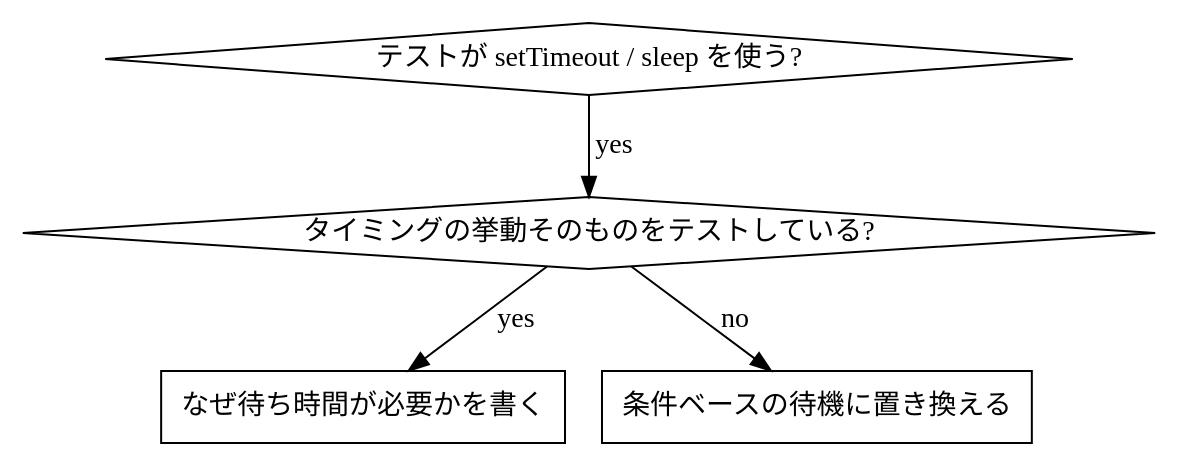
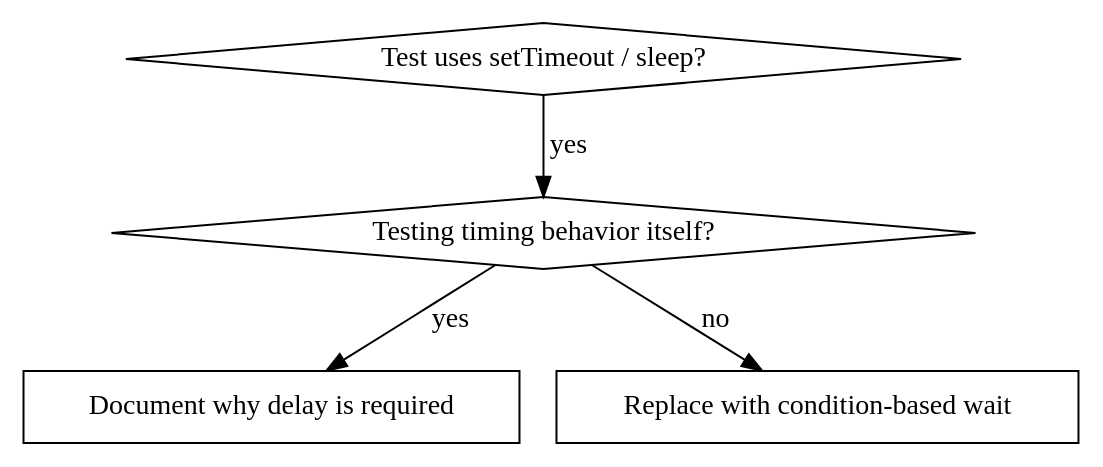
Before and after one commit to cellfusion/dotfiles: the diagram in private_dot_agents/skills/systematic-debugging/condition-based-waiting.md, drawn with Graphviz. The commit also changed other lines of this file and 98 other files, not shown here.

````diff
--- a/private_dot_agents/skills/systematic-debugging/condition-based-waiting.md
+++ b/private_dot_agents/skills/systematic-debugging/condition-based-waiting.md
@@ -11,12 +11,12 @@
 ```dot
 digraph when_to_use {
-    "テストが setTimeout / sleep を使う?" [shape=diamond];
-    "タイミングの挙動そのものをテストしている?" [shape=diamond];
-    "なぜ待ち時間が必要かを書く" [shape=box];
-    "条件ベースの待機に置き換える" [shape=box];
+    "Test uses setTimeout / sleep?" [shape=diamond];
+    "Testing timing behavior itself?" [shape=diamond];
+    "Document why delay is required" [shape=box];
+    "Replace with condition-based wait" [shape=box];
 
-    "テストが setTimeout / sleep を使う?" -> "タイミングの挙動そのものをテストしている?" [label="yes"];
-    "タイミングの挙動そのものをテストしている?" -> "なぜ待ち時間が必要かを書く" [label="yes"];
-    "タイミングの挙動そのものをテストしている?" -> "条件ベースの待機に置き換える" [label="no"];
+    "Test uses setTimeout / sleep?" -> "Testing timing behavior itself?" [label="yes"];
+    "Testing timing behavior itself?" -> "Document why delay is required" [label="yes"];
+    "Testing timing behavior itself?" -> "Replace with condition-based wait" [label="no"];
 }
 ```
````
